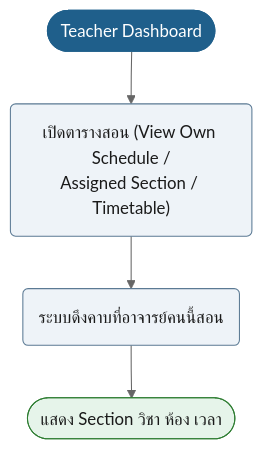
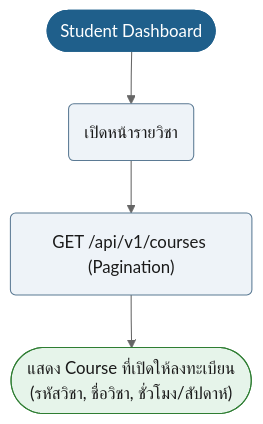
One commit to synthesixer/AcadOS changed the seventh of 49 diagrams in doc/userflow.md. Above: the diagram before and after it, drawn with Mermaid (neutral theme). The commit also changed other lines of this file and 1 other file, not shown here.

````diff
--- a/doc/userflow.md
+++ b/doc/userflow.md
@@ -267,16 +283,16 @@
 ```mermaid
 flowchart TD
-    n1(["Teacher Dashboard"]):::start
-    n2("เปิดตารางสอน (View Own Schedule /<br/>Assigned Section / Timetable)"):::act
-    n3("ระบบดึงคาบที่อาจารย์คนนี้สอน"):::act
-    n4(["แสดง Section วิชา ห้อง เวลา"]):::ok
+    n1(["Student Dashboard"]):::start
+    n2("เปิดหน้ารายวิชา"):::act
+    n3("GET /api/v1/courses (Pagination)"):::act
+    n4(["แสดง Course ที่เปิดให้ลงทะเบียน<br/>(รหัสวิชา, ชื่อวิชา, ชั่วโมง/สัปดาห์)"]):::ok
     n1 --> n2
     n2 --> n3
     n3 --> n4
     classDef start fill:#1F5F8B,stroke:#1F5F8B,color:#fff
     classDef act fill:#EEF3F8,stroke:#5B7A94,color:#1a1a1a
     classDef dec fill:#FFF6E0,stroke:#5B7A94,color:#1a1a1a
     classDef bad fill:#FCE8E6,stroke:#C0392B,color:#1a1a1a
     classDef ok fill:#E6F4EA,stroke:#2E7D32,color:#1a1a1a
     classDef note fill:#F4F4F4,stroke:#999,color:#1a1a1a
 ```
````
